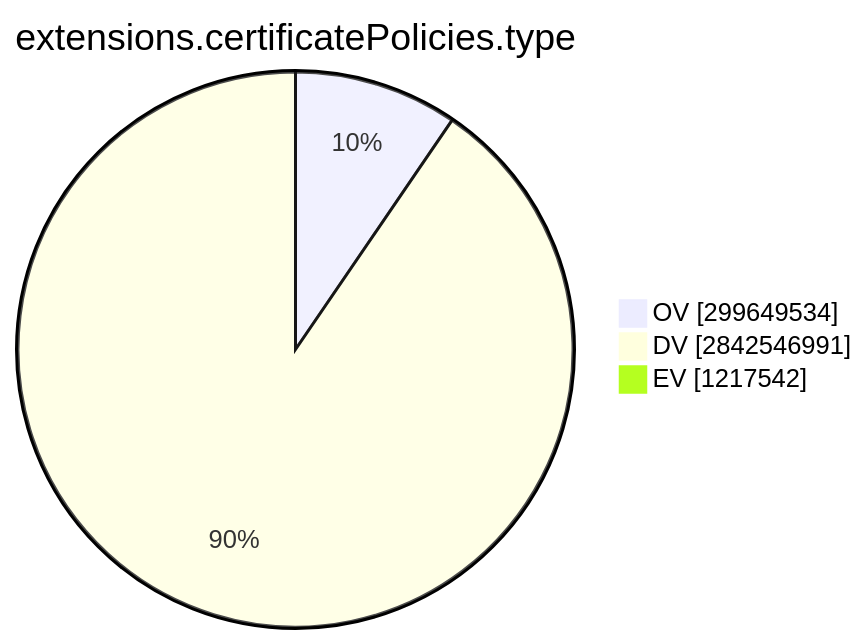
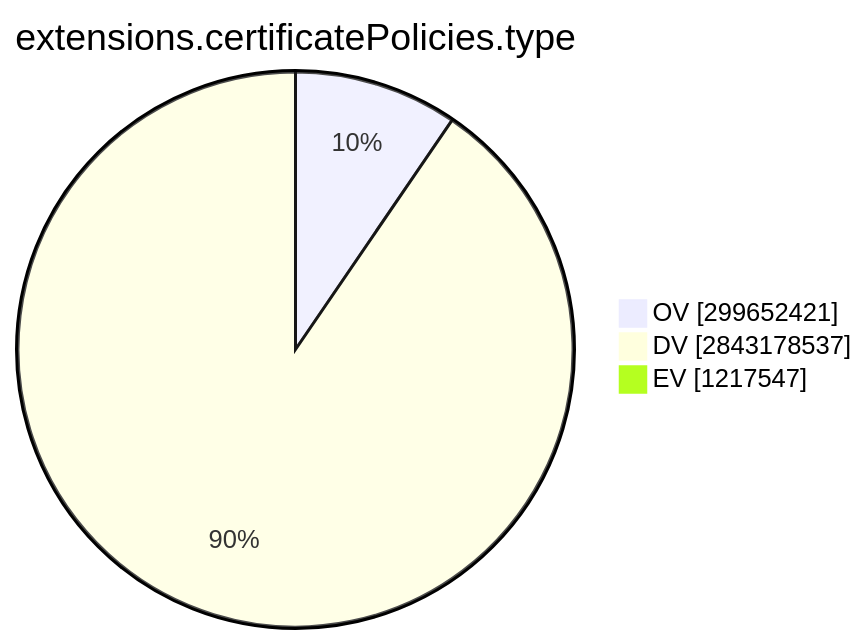
One commit to christiankrug/ctmonitor_visualization changed the ninth of 15 diagrams in TOTAL/README.md. Above: the diagram before and after it, drawn with Mermaid. The commit also changed other lines of this file, not shown here.

````diff
--- a/TOTAL/README.md
+++ b/TOTAL/README.md
@@ -3101,7 +3101,7 @@
 ```mermaid
 pie showData
 title extensions.certificatePolicies.type
-"OV" :299649534
-"DV" :2842546991
-"EV" :1217542
+"OV" :299652421
+"DV" :2843178537
+"EV" :1217547
 ```
````
